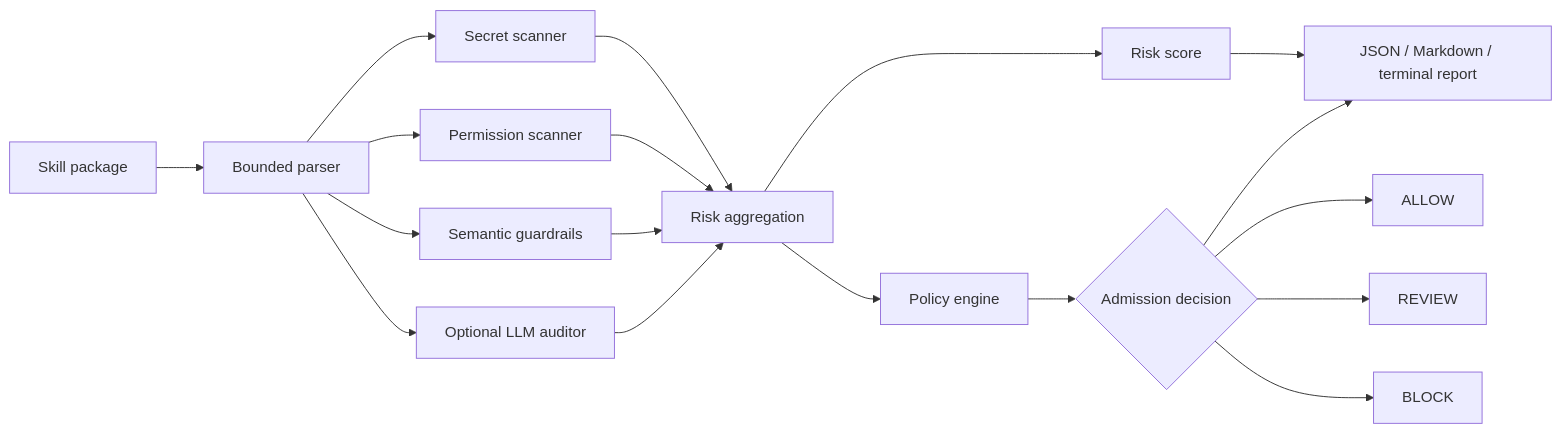
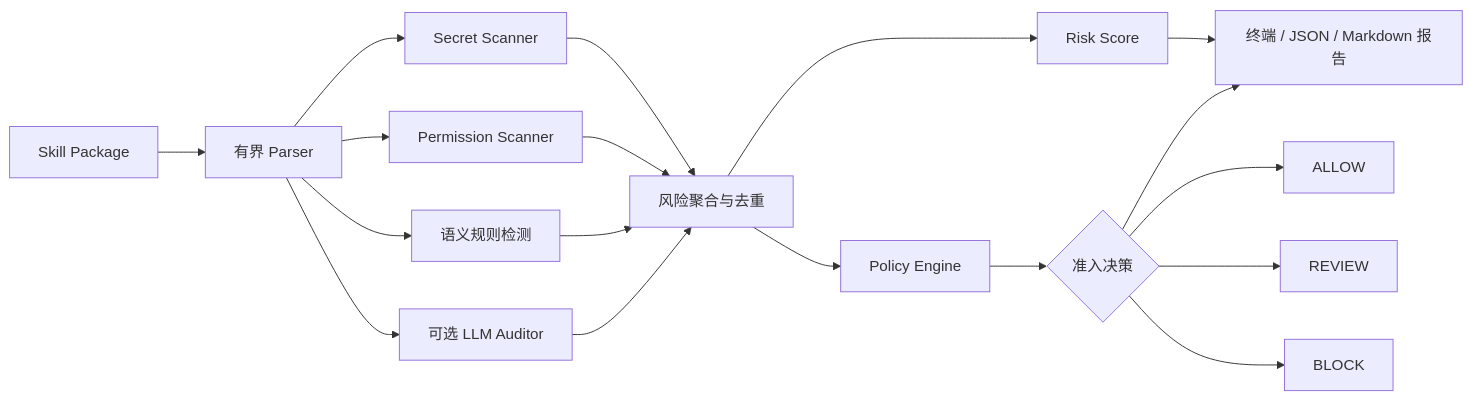
Before and after one commit to lzh20050812/SkillGuard: the diagram in README.md, drawn with Mermaid. The commit also changed other lines of this file, not shown here.

````diff
--- a/README.md
+++ b/README.md
@@ -45,20 +45,20 @@
 ```mermaid
 flowchart LR
-    A["Skill package"] --> B["Bounded parser"]
-    B --> C["Secret scanner"]
-    B --> D["Permission scanner"]
-    B --> E["Semantic guardrails"]
-    B --> F["Optional LLM auditor"]
-    C --> G["Risk aggregation"]
+    A["Skill Package"] --> B["有界 Parser"]
+    B --> C["Secret Scanner"]
+    B --> D["Permission Scanner"]
+    B --> E["语义规则检测"]
+    B --> F["可选 LLM Auditor"]
+    C --> G["风险聚合与去重"]
     D --> G
     E --> G
     F --> G
-    G --> H["Risk score"]
-    G --> I["Policy engine"]
-    I --> J{"Admission decision"}
+    G --> H["Risk Score"]
+    G --> I["Policy Engine"]
+    I --> J{"准入决策"}
     J --> K["ALLOW"]
     J --> L["REVIEW"]
     J --> M["BLOCK"]
-    H --> N["JSON / Markdown / terminal report"]
+    H --> N["终端 / JSON / Markdown 报告"]
     J --> N
 ```
````
